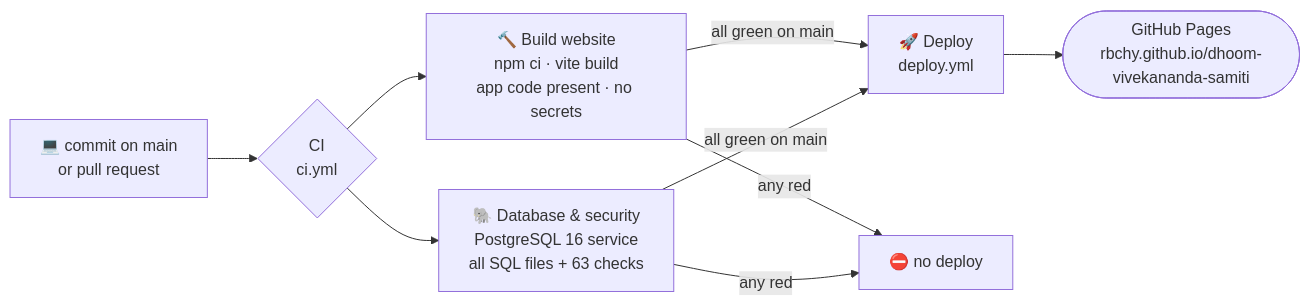
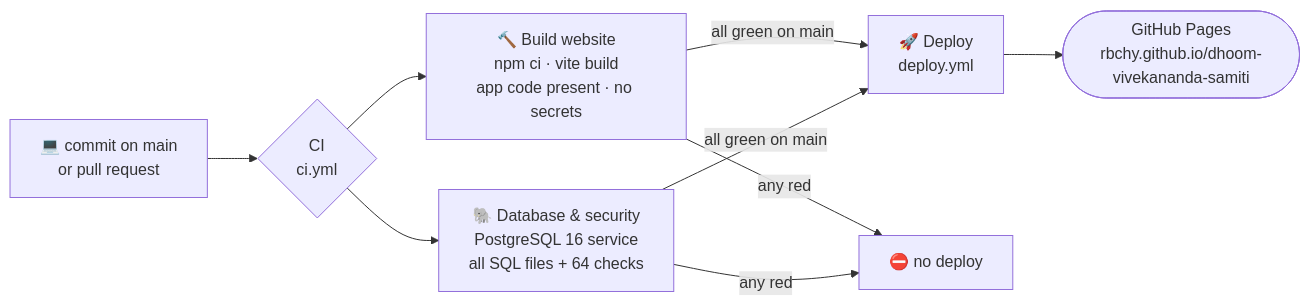
One commit to rbchy/dhoom-vivekananda-samiti changed the fifth of 6 diagrams in README.md. Above: the diagram before and after it, drawn with Mermaid. The commit also changed other lines of this file and 2 other files, not shown here.

````diff
--- a/README.md
+++ b/README.md
@@ -286,9 +286,9 @@
 ```mermaid
 flowchart LR
   DEV["💻 commit on main<br/>or pull request"] --> CI{"CI<br/>ci.yml"}
   CI --> J1["🔨 Build website<br/>npm ci · vite build<br/>app code present · no secrets"]
-  CI --> J2["🐘 Database & security<br/>PostgreSQL 16 service<br/>all SQL files + 63 checks"]
+  CI --> J2["🐘 Database & security<br/>PostgreSQL 16 service<br/>all SQL files + 64 checks"]
   J1 & J2 -->|all green on main| CD["🚀 Deploy<br/>deploy.yml"]
   CD --> PAGES(["GitHub Pages<br/>rbchy.github.io/dhoom-vivekananda-samiti"])
   J1 & J2 -->|any red| STOP["⛔ no deploy"]
 ```
````
